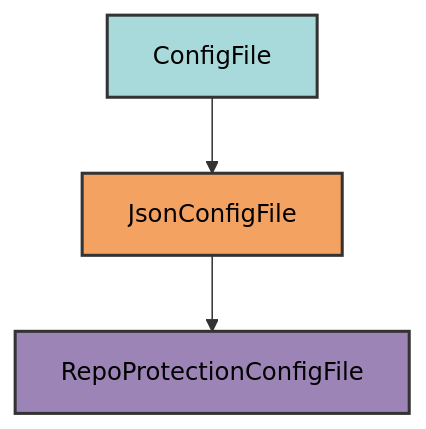
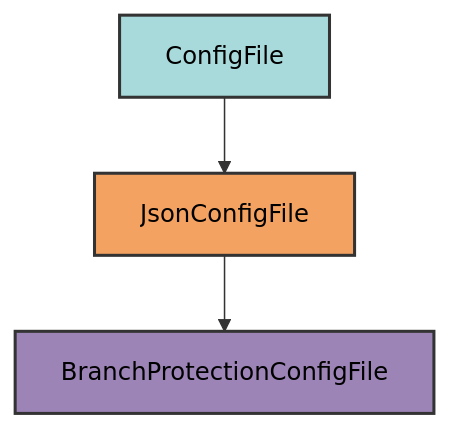
Before and after one commit to Winipedia/pyrig: the diagram in docs/configs/branch_protection.md, drawn with Mermaid. The commit also changed other lines of this file and 23 other files, not shown here.

````diff
--- a/docs/configs/branch_protection.md
+++ b/docs/configs/branch_protection.md
@@ -20,9 +20,9 @@
 ```mermaid
 graph TD
     A[ConfigFile] --> B[JsonConfigFile]
-    B --> C[RepoProtectionConfigFile]
+    B --> C[BranchProtectionConfigFile]
 
     style A fill:#a8dadc,stroke:#333,stroke-width:2px,color:#000
     style B fill:#f4a261,stroke:#333,stroke-width:2px,color:#000
     style C fill:#9d84b7,stroke:#333,stroke-width:2px,color:#000
 ```
````
